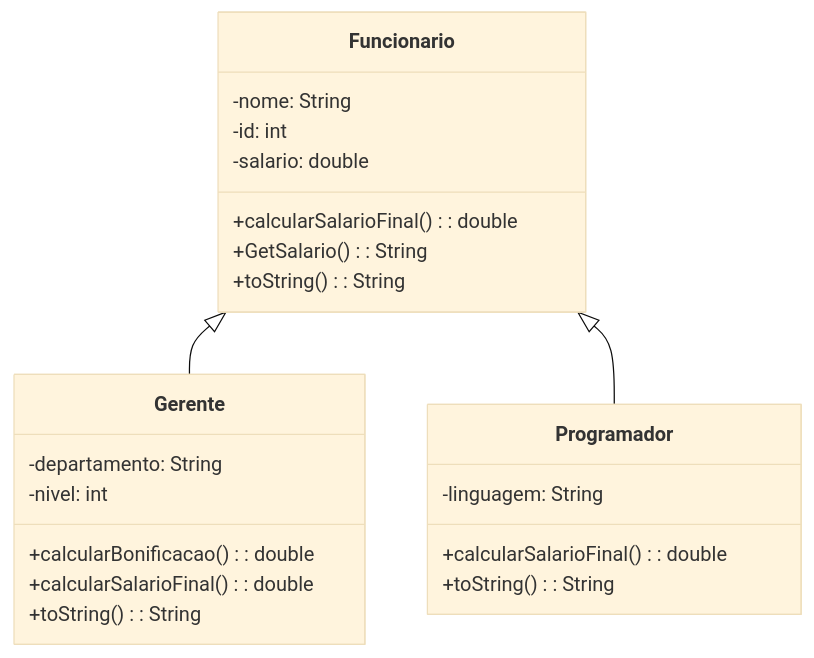
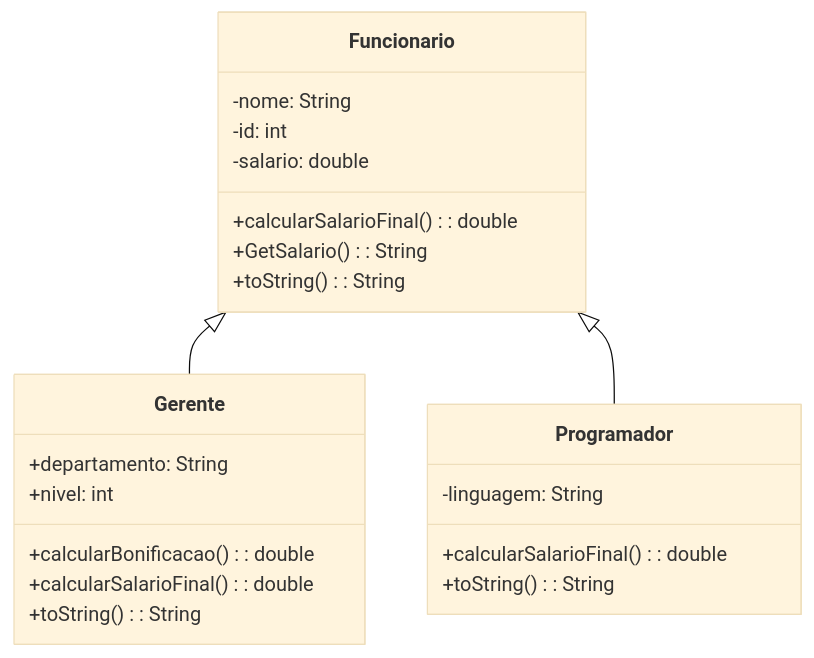
One commit to liviaaVS/PEOO-TADS-II-PERIODO changed the second of 3 diagrams in ExercícioSala/README.md. Above: the diagram before and after it, drawn with Mermaid (base theme). The commit also changed other lines of this file and 2 other files, not shown here.

````diff
--- a/ExercícioSala/README.md
+++ b/ExercícioSala/README.md
@@ -51,28 +51,28 @@
 ```mermaid
 classDiagram
   class Funcionario {
     -nome: String
     -id: int
     -salario: double
     +calcularSalarioFinal(): double
     +GetSalario(): String
     +toString(): String
   }
 
   class Gerente {
-    -departamento: String
-    -nivel: int
+    +departamento: String
+    +nivel: int
     +calcularBonificacao(): double
     +calcularSalarioFinal(): double
     +toString(): String
   }
 
   class Programador {
     -linguagem: String
     +calcularSalarioFinal(): double
     +toString(): String
   }
 
   Funcionario <|-- Gerente
   Funcionario <|-- Programador
 ```
````
